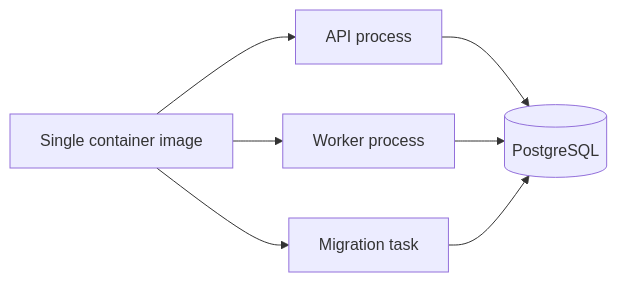
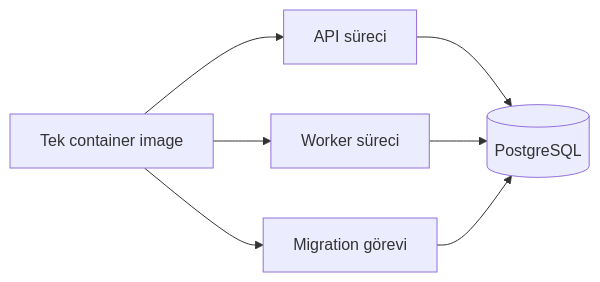
One commit to Mehmet-Aytac/enterprise-backend-foundation-case-study changed the diagram in docs/tr/deployment-notes.md. Above: the diagram before and after it, drawn with Mermaid. The commit also changed other lines of this file, not shown here.

````diff
--- a/docs/tr/deployment-notes.md
+++ b/docs/tr/deployment-notes.md
@@ -22,9 +22,9 @@
 ```mermaid
 flowchart LR
-    Image[Single container image] --> API[API process]
-    Image --> Worker[Worker process]
-    Image --> Migration[Migration task]
+    Image[Tek container image] --> API[API süreci]
+    Image --> Worker[Worker süreci]
+    Image --> Migration[Migration görevi]
     API --> DB[(PostgreSQL)]
     Worker --> DB
     Migration --> DB
 ```
````
